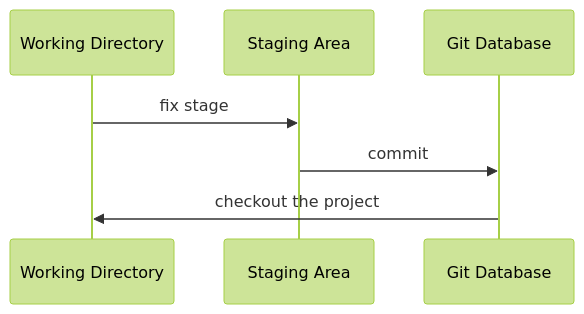
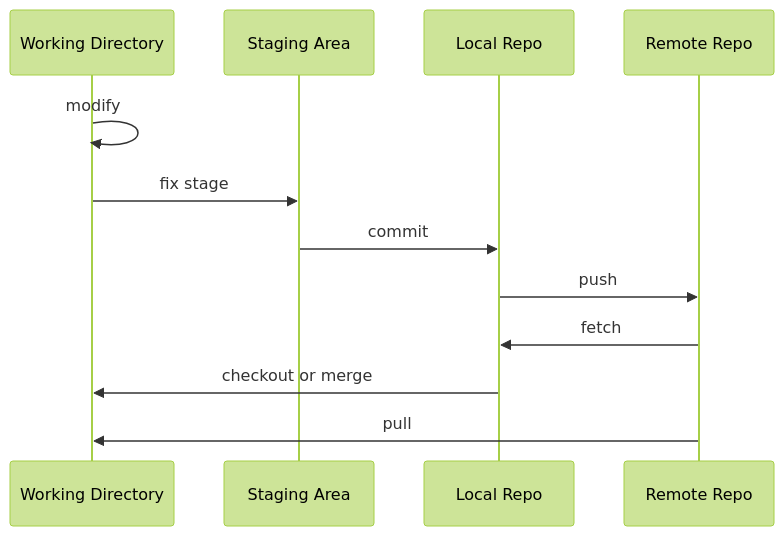
Before and after one commit to bingyangchen/KM-software: the first of 3 diagrams in Tools/Git/L3 - 開始使用 Git.md, drawn with Mermaid (forest theme). The commit also changed other lines of this file and 23 other files, not shown here.

````diff
--- a/Tools/Git/L3 - 開始使用 Git.md
+++ b/Tools/Git/L3 - 開始使用 Git.md
@@ -19,6 +19,10 @@
 ```mermaid
 sequenceDiagram
-    Working Directory->>Staging Area: fix stage
-    Staging Area->>Git Database: commit
-    Git Database->>Working Directory: checkout the project
+    Working Directory ->> Working Directory: modify
+    Working Directory ->> Staging Area: fix stage
+    Staging Area ->> Local Repo: commit
+    Local Repo ->> Remote Repo: push
+    Remote Repo ->> Local Repo: fetch
+    Local Repo ->> Working Directory: checkout or merge
+    Remote Repo ->> Working Directory: pull
 ```
````
